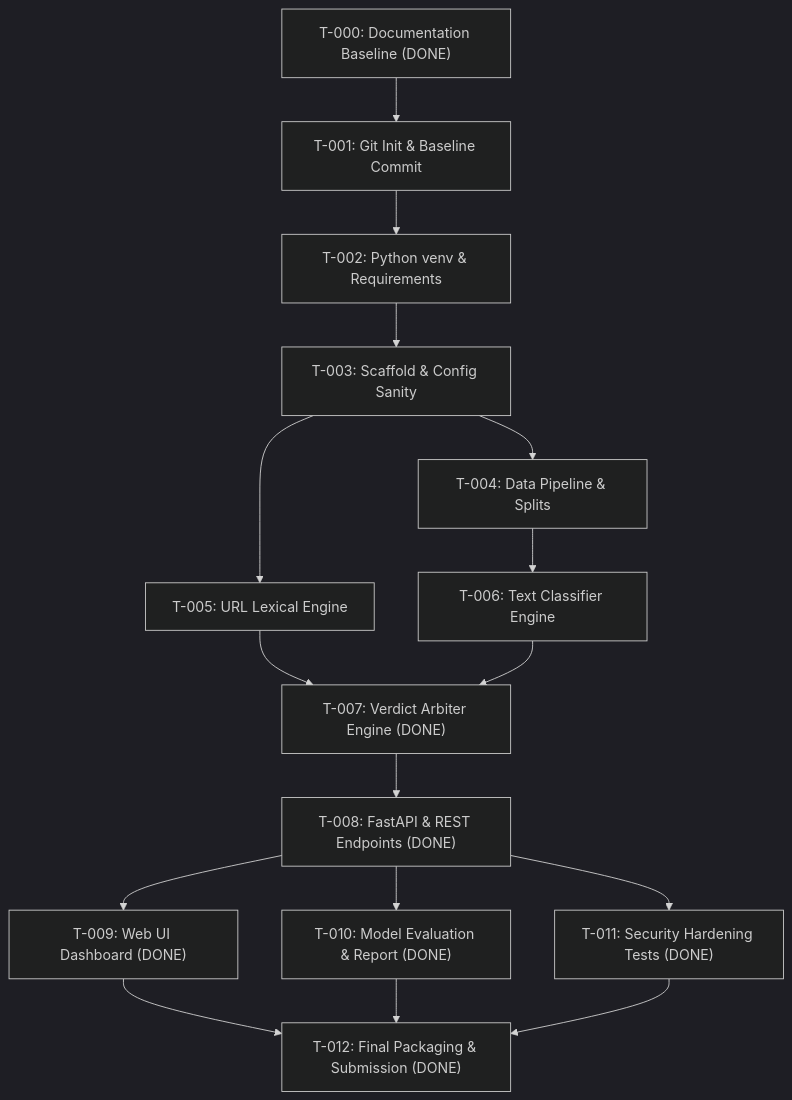
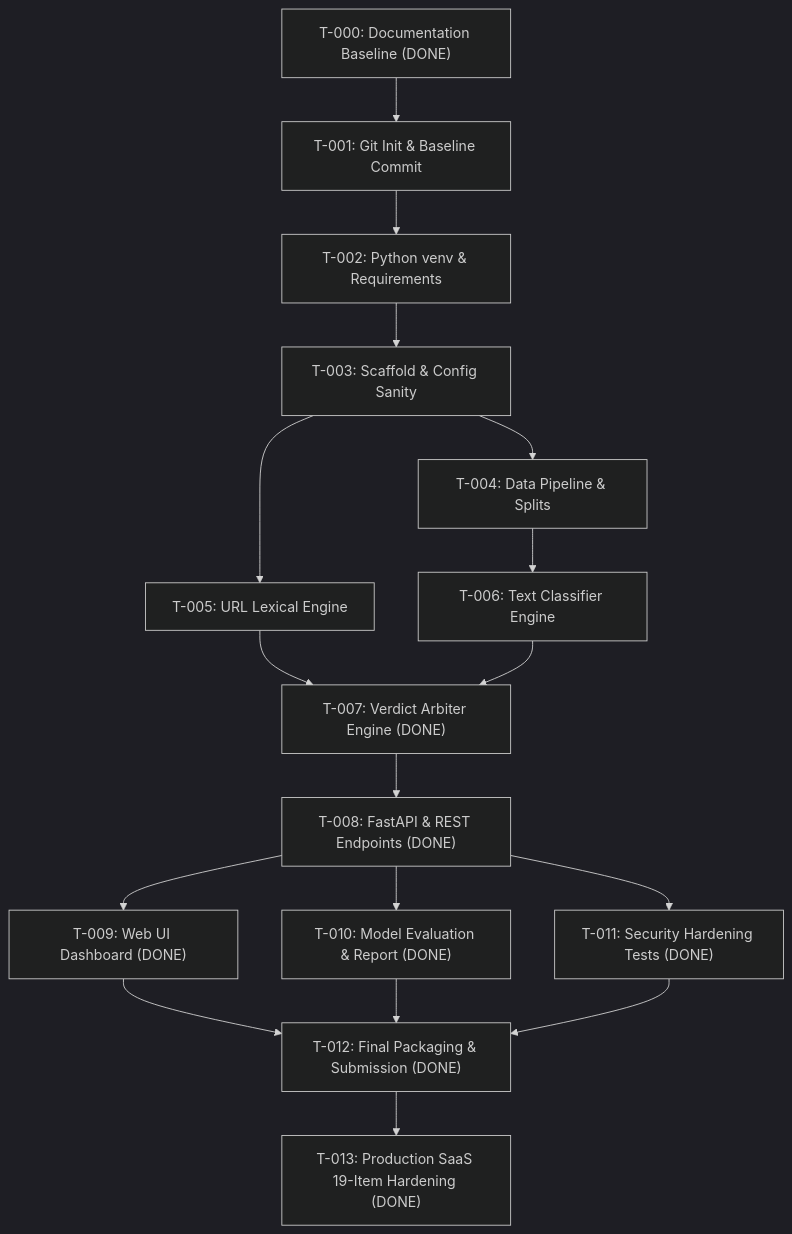
Before and after one commit to Gazanfershirkol/ScamShield01: the diagram in TASKS.md, drawn with Mermaid (dark theme). The commit also changed other lines of this file and 12 other files, not shown here.

Commit message:
feat: complete Phase 11 SaaS hardening, 19-point checklist, and fix all minor issues

````diff
--- a/TASKS.md
+++ b/TASKS.md
@@ -30,18 +31,19 @@
 ```mermaid
 graph TD
     T000["T-000: Documentation Baseline (DONE)"] --> T001["T-001: Git Init & Baseline Commit"]
     T001 --> T002["T-002: Python venv & Requirements"]
     T002 --> T003["T-003: Scaffold & Config Sanity"]
     T003 --> T004["T-004: Data Pipeline & Splits"]
     T003 --> T005["T-005: URL Lexical Engine"]
     T004 --> T006["T-006: Text Classifier Engine"]
     T005 --> T007["T-007: Verdict Arbiter Engine (DONE)"]
     T006 --> T007
     T007 --> T008["T-008: FastAPI & REST Endpoints (DONE)"]
     T008 --> T009["T-009: Web UI Dashboard (DONE)"]
     T008 --> T010["T-010: Model Evaluation & Report (DONE)"]
     T008 --> T011["T-011: Security Hardening Tests (DONE)"]
     T009 --> T012["T-012: Final Packaging & Submission (DONE)"]
     T010 --> T012
     T011 --> T012
+    T012 --> T013["T-013: Production SaaS 19-Item Hardening (DONE)"]
 ```
````
